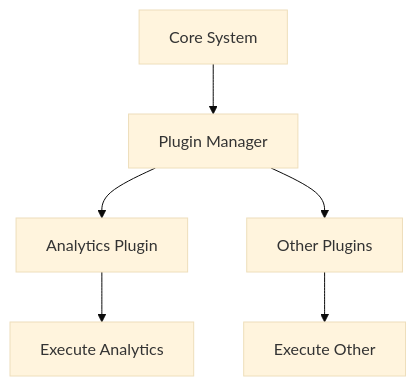
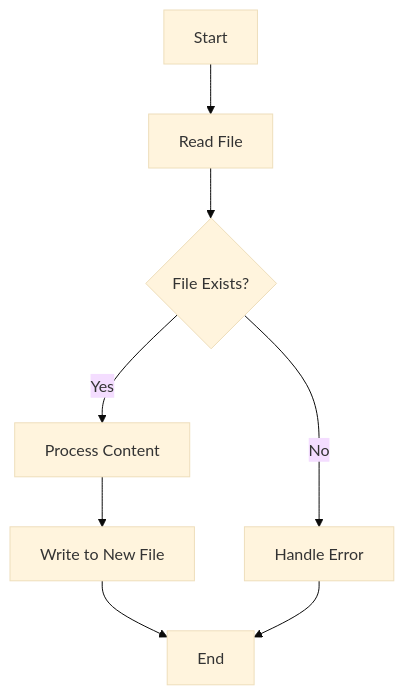
Before and after one commit to MasteryEducation/SoftwarePatternsLexicon.com: the diagram in content/patterns-clojure/12/9/index.md, drawn with Mermaid (base theme). The commit also changed other lines of this file and 462 other files, not shown here.

````diff
--- a/content/patterns-clojure/12/9/index.md
+++ b/content/patterns-clojure/12/9/index.md
@@ -108,8 +202,10 @@
 ```mermaid
-graph TD;
-    A[Core System] --> B[Plugin Manager];
-    B --> C[Analytics Plugin];
-    B --> D[Other Plugins];
-    C --> E[Execute Analytics];
-    D --> F[Execute Other];
+flowchart TD
+    A[Start] --> B[Read File]
+    B --> C{File Exists?}
+    C -->|Yes| D[Process Content]
+    C -->|No| E[Handle Error]
+    D --> F[Write to New File]
+    F --> G[End]
+    E --> G
 ```
````
